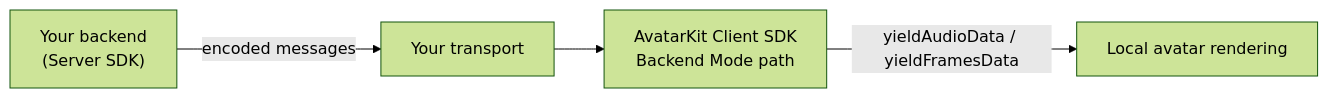
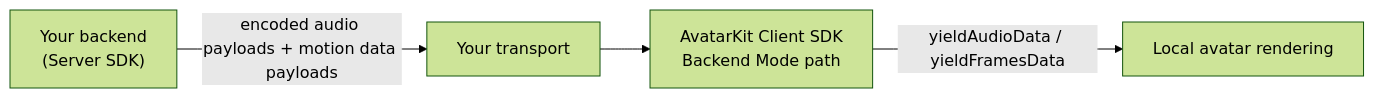
Before and after one commit to spatius-ai/docs: the diagram in backend-mode/client-sdk.mdx, drawn with Mermaid (forest theme). The commit also changed other lines of this file and 24 other files, not shown here.

````diff
--- a/backend-mode/client-sdk.mdx
+++ b/backend-mode/client-sdk.mdx
@@ -9,6 +9,6 @@
 ```mermaid
 flowchart LR
-    A["Your backend<br/>(Server SDK)"] -->|encoded messages| B["Your transport"]
+    A["Your backend<br/>(Server SDK)"] -->|encoded audio payloads + motion data payloads| B["Your transport"]
     B --> C["AvatarKit Client SDK<br/>Backend Mode path"]
     C -->|yieldAudioData / yieldFramesData| D["Local avatar rendering"]
 ```
````
